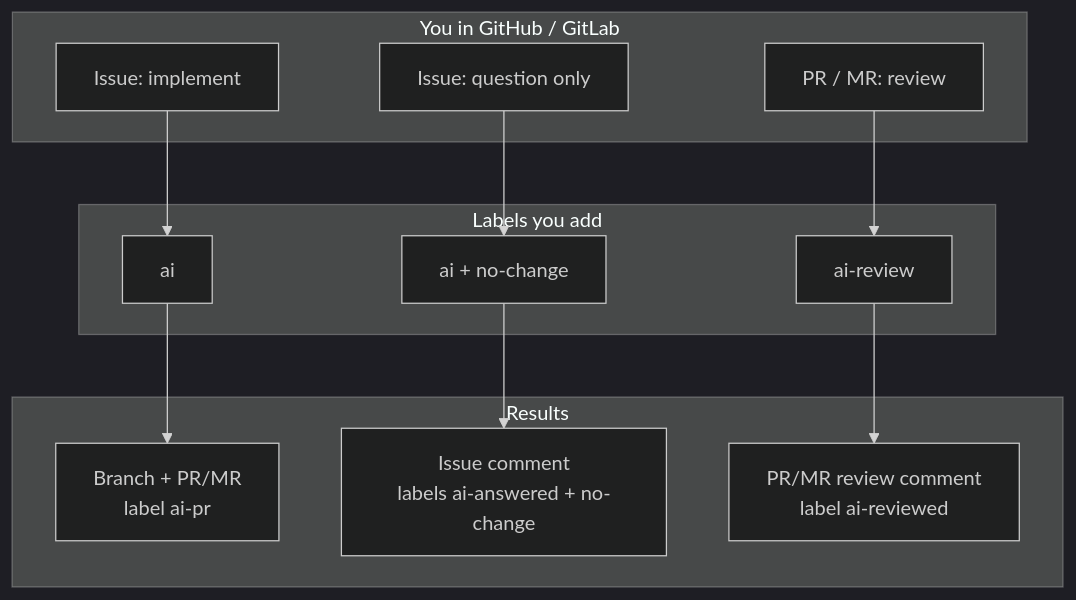
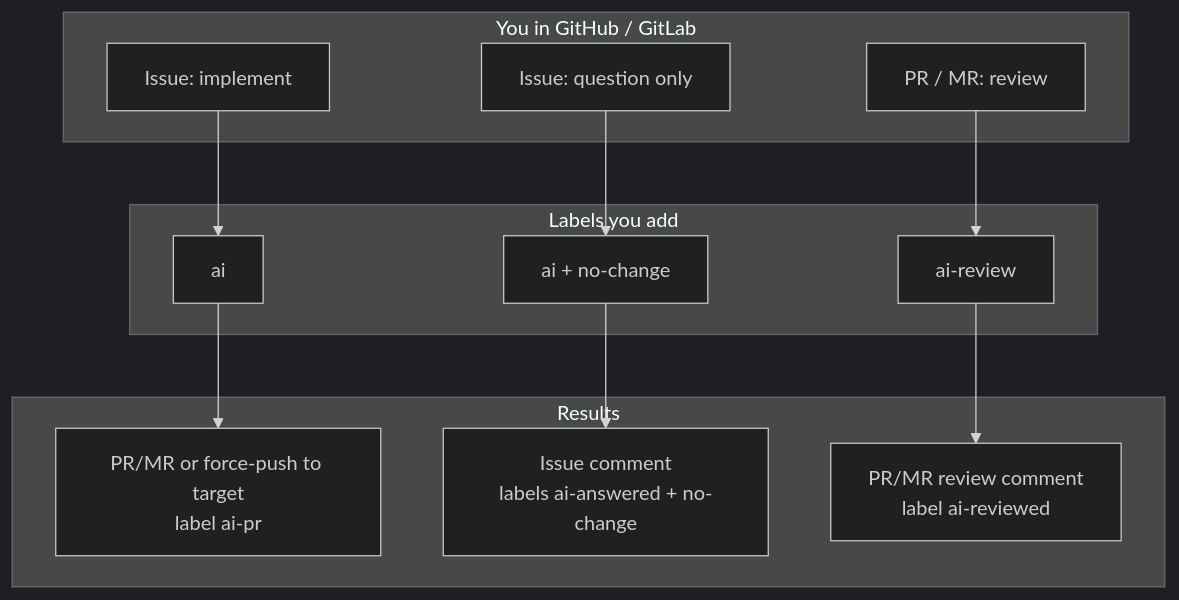
The fourth of 4 diagrams in README.md (sami1367/ai-worker), drawn with Mermaid (dark theme) before and after one commit. The commit also changed other lines of this file and 13 other files, not shown here.

Commit message:
Document target-branch checkout and optional force-push in README and tutorial.

````diff
--- a/README.md
+++ b/README.md
@@ -293,24 +309,24 @@
 ```mermaid
 flowchart TB
   subgraph human [You in GitHub / GitLab]
     I1[Issue: implement]
     I2[Issue: question only]
     P1[PR / MR: review]
   end
 
   subgraph labels [Labels you add]
     L1[ai]
     L2[ai + no-change]
     L3[ai-review]
   end
 
   subgraph outcomes [Results]
-    O1[Branch + PR/MR<br/>label ai-pr]
+    O1[PR/MR or force-push to target<br/>label ai-pr]
     O2[Issue comment<br/>labels ai-answered + no-change]
     O3[PR/MR review comment<br/>label ai-reviewed]
   end
 
   I1 --> L1 --> O1
   I2 --> L2 --> O2
   P1 --> L3 --> O3
 ```
````
